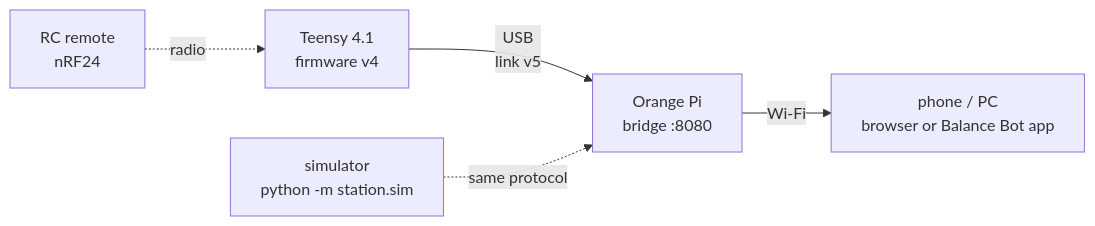
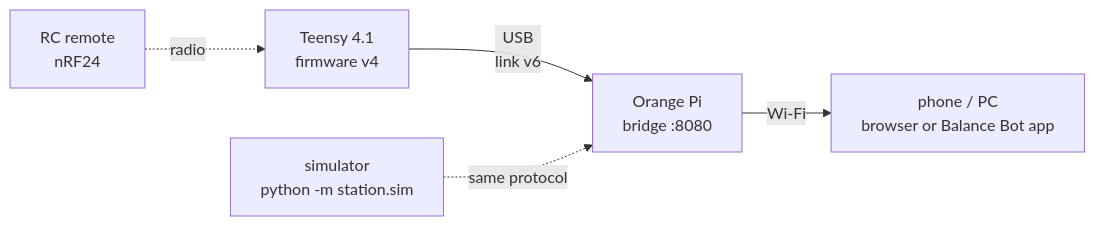
One commit to nespotts/self_balancing_robot_3 changed the diagram in README.md. Above: the diagram before and after it, drawn with Mermaid. The commit also changed other lines of this file and 28 other files, not shown here.

````diff
--- a/README.md
+++ b/README.md
@@ -7,7 +7,7 @@
 ```mermaid
 flowchart LR
-  T["Teensy 4.1<br>firmware v4"] -- "USB<br>link v5" --> P["Orange Pi<br>bridge :8080"]
+  T["Teensy 4.1<br>firmware v4"] -- "USB<br>link v6" --> P["Orange Pi<br>bridge :8080"]
   P -- "Wi-Fi" --> W["phone / PC<br>browser or Balance Bot app"]
   R["RC remote<br>nRF24"] -. "radio" .-> T
   S["simulator<br>python -m station.sim"] -. "same protocol" .-> P
 ```
````
